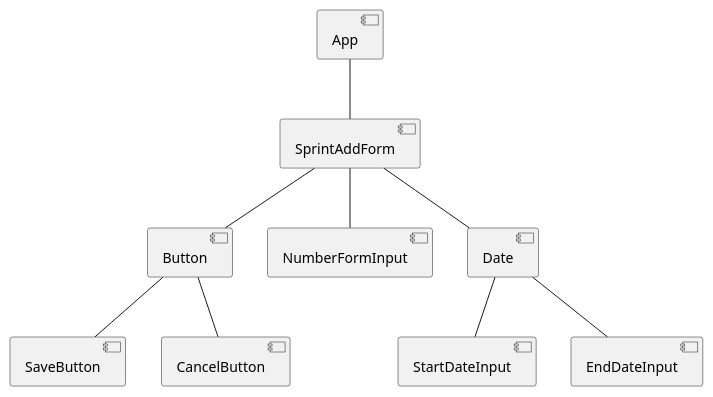
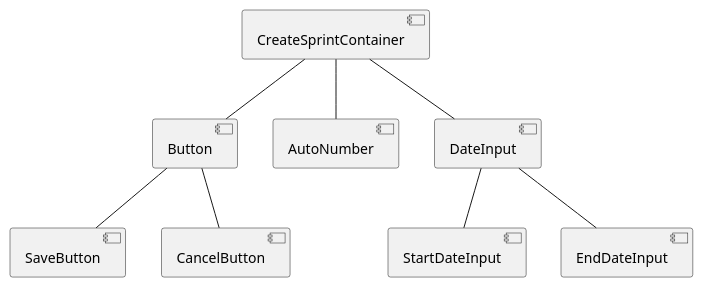
The diagram in docs/modelling_design/user_stories/us027/US027_ComponentTree.puml (ivo-menezes/project_g3), drawn with PlantUML before and after one commit.

Commit message:
US027: Design: Updated Component Tree (resolved #55)

```diff
--- a/docs/modelling_design/user_stories/us027/US027_ComponentTree.puml
+++ b/docs/modelling_design/user_stories/us027/US027_ComponentTree.puml
@@ -1,22 +1,21 @@
 @startuml
 
-[App] as App
-[SprintAddForm] as Sprint
+[CreateSprintContainer] as Sprint
 [Button] as Button
-[NumberFormInput] as Number
+[AutoNumber] as Number
 [SaveButton] as Save
 [CancelButton] as Cancel
-[Date] as Date
+[DateInput] as Date
 [StartDateInput] as SDate
 [EndDateInput] as EDate
 
-App -- Sprint
+
 Sprint -- Button
 Sprint -- Date
 Sprint -- Number
 Button -- Save
 Button -- Cancel
 Date -- SDate
 Date -- EDate
 
 @enduml
```
